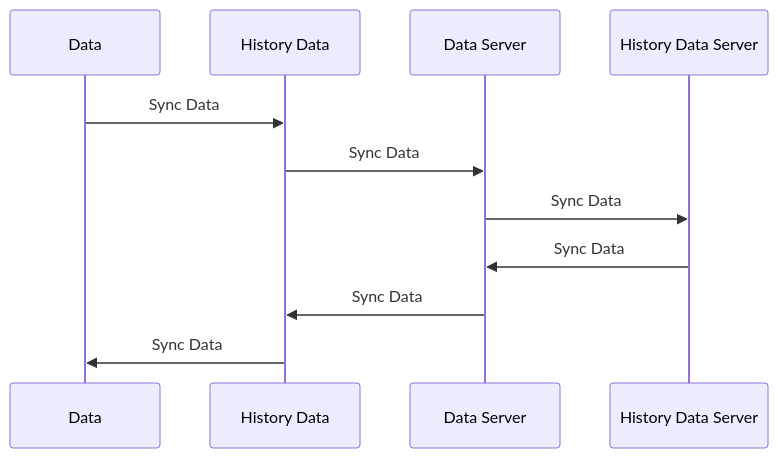
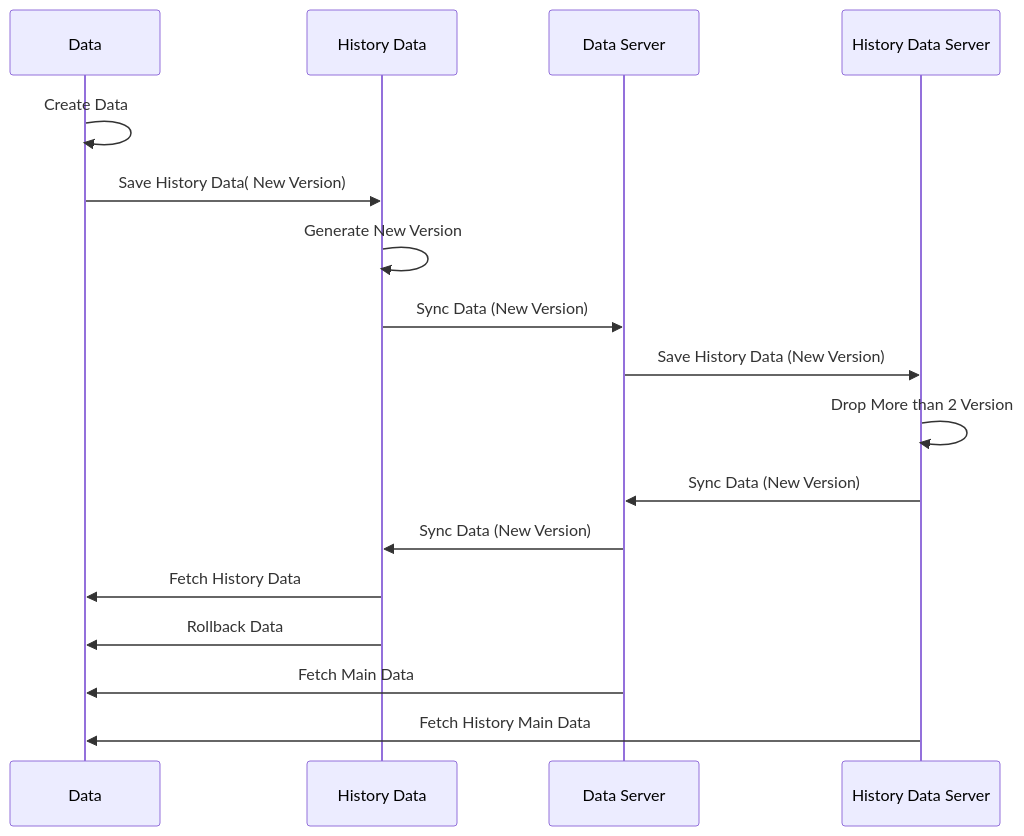
One commit to chuongmep/TestSQLiteSync changed the diagram in Readme.md. Above: the diagram before and after it, drawn with Mermaid.

````diff
--- a/Readme.md
+++ b/Readme.md
@@ -6,14 +6,20 @@
 ```mermaid
 sequenceDiagram
     participant A as Data
     participant B as History Data
     participant C as Data Server
     participant D as History Data Server
-    A->>B: Sync Data
-    B->>C: Sync Data
-    C->>D: Sync Data
-    D->>C: Sync Data
-    C->>B: Sync Data
-    B->>A: Sync Data
+    A->>A: Create Data    
+    A->>B: Save History Data( New Version)
+    B->>B: Generate New Version
+    B->>C: Sync Data (New Version)
+    C->>D: Save History Data (New Version)
+    D->>D: Drop More than 2 Version
+    D->>C: Sync Data (New Version)
+    C->>B: Sync Data (New Version)
+    B->>A: Fetch History Data
+    B->>A: Rollback Data
+    C->>A: Fetch Main Data
+    D->>A: Fetch History Main Data
     
 ```
````
